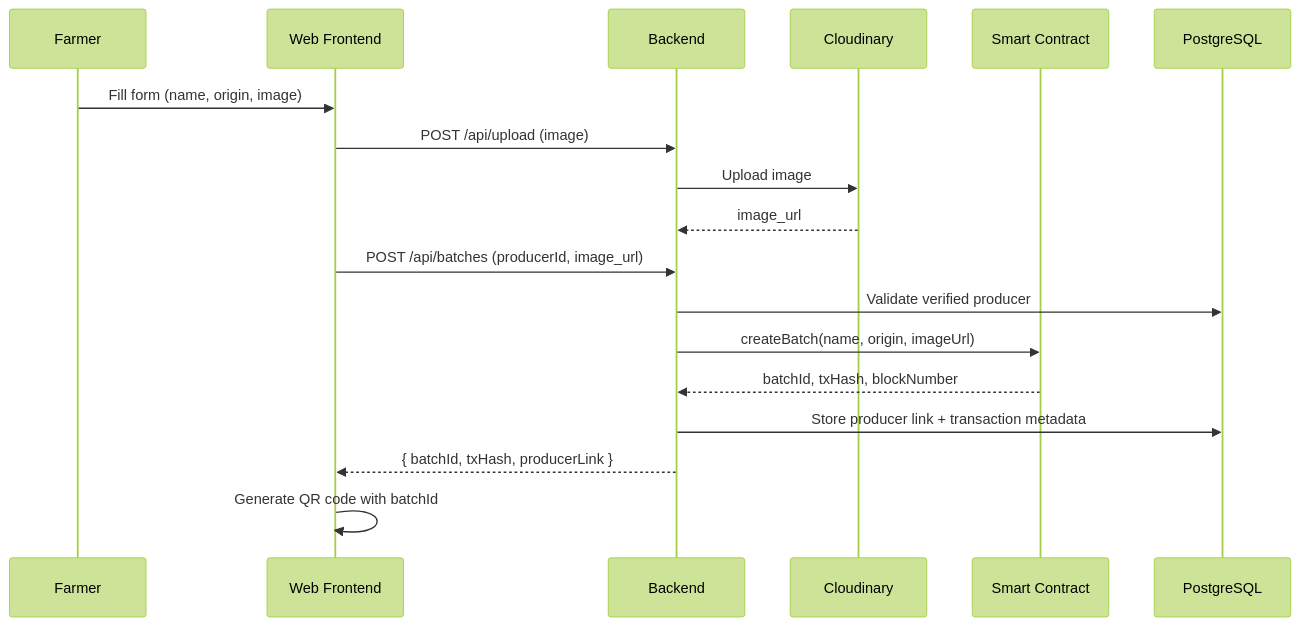
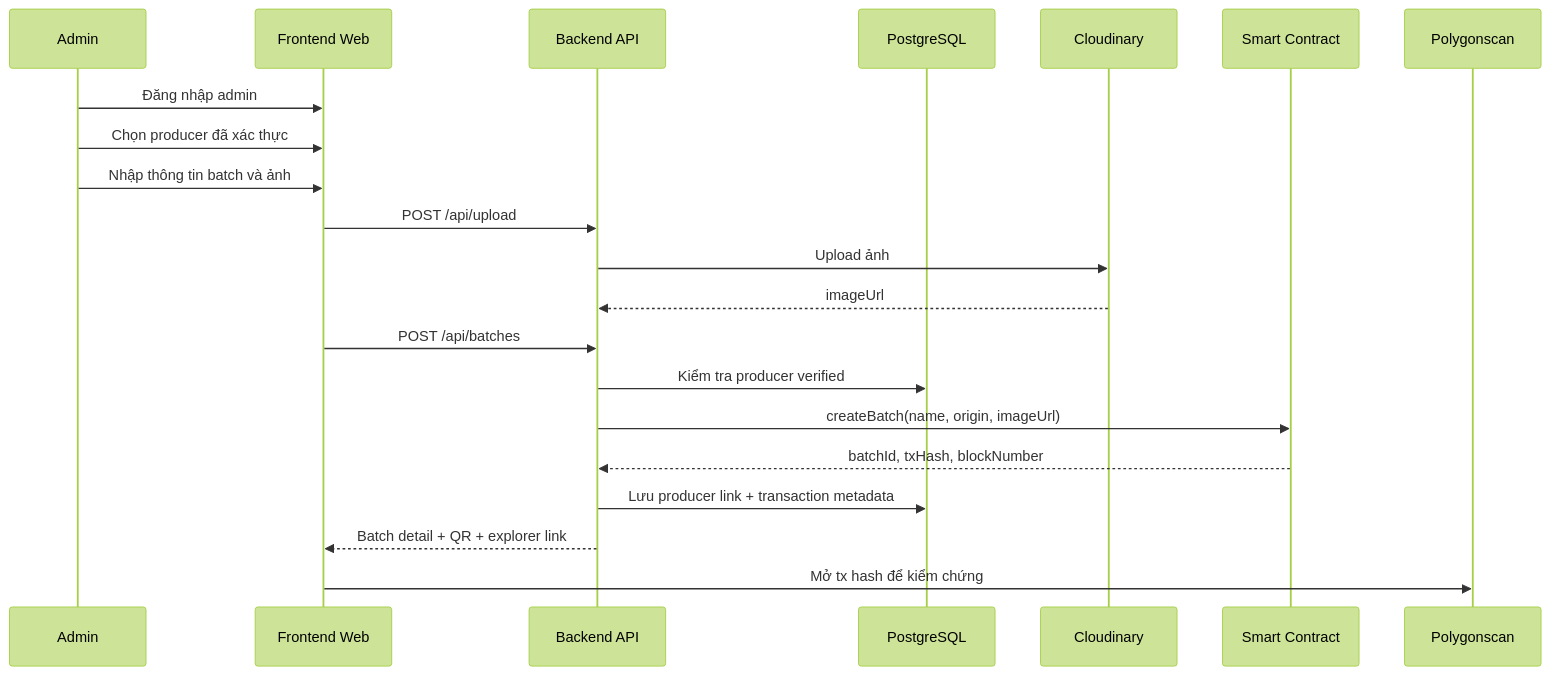
Before and after one commit to xuanhai0913/agri-traceability-system: the second of 2 diagrams in README.md, drawn with Mermaid (forest theme). The commit also changed other lines of this file, not shown here.

````diff
--- a/README.md
+++ b/README.md
@@ -164,21 +107,24 @@
 ```mermaid
 sequenceDiagram
-    participant F as Farmer
-    participant W as Web Frontend
-    participant B as Backend
+    participant A as Admin
+    participant W as Frontend Web
+    participant B as Backend API
+    participant D as PostgreSQL
     participant C as Cloudinary
     participant S as Smart Contract
-    participant D as PostgreSQL
+    participant P as Polygonscan
 
-    F->>W: Fill form (name, origin, image)
-    W->>B: POST /api/upload (image)
-    B->>C: Upload image
-    C-->>B: image_url
-    W->>B: POST /api/batches (producerId, image_url)
-    B->>D: Validate verified producer
+    A->>W: Đăng nhập admin
+    A->>W: Chọn producer đã xác thực
+    A->>W: Nhập thông tin batch và ảnh
+    W->>B: POST /api/upload
+    B->>C: Upload ảnh
+    C-->>B: imageUrl
+    W->>B: POST /api/batches
+    B->>D: Kiểm tra producer verified
     B->>S: createBatch(name, origin, imageUrl)
     S-->>B: batchId, txHash, blockNumber
-    B->>D: Store producer link + transaction metadata
-    B-->>W: { batchId, txHash, producerLink }
-    W->>W: Generate QR code with batchId
+    B->>D: Lưu producer link + transaction metadata
+    B-->>W: Batch detail + QR + explorer link
+    W->>P: Mở tx hash để kiểm chứng
 ```
````
